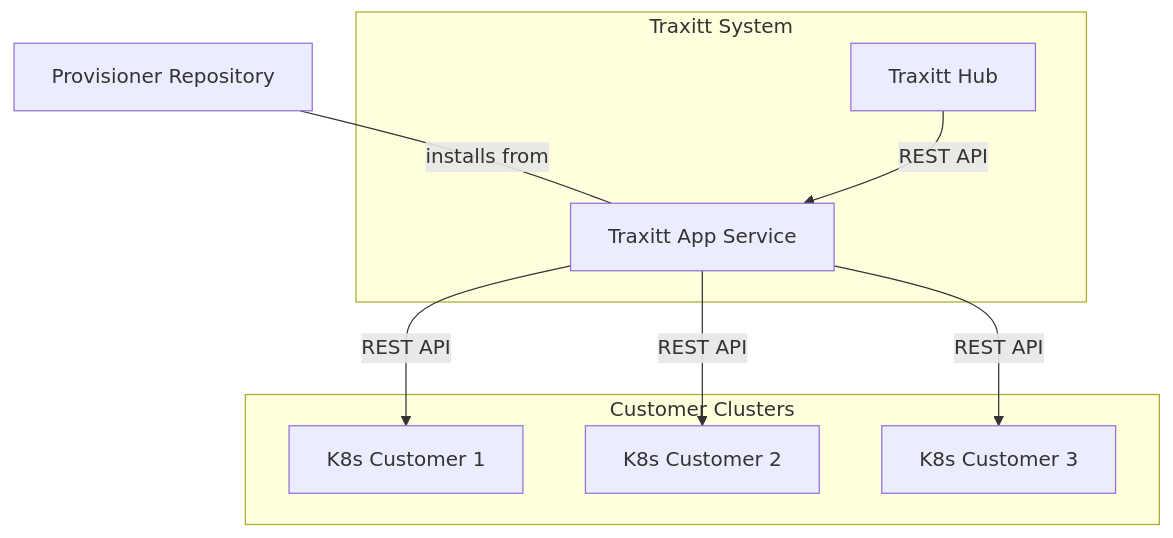
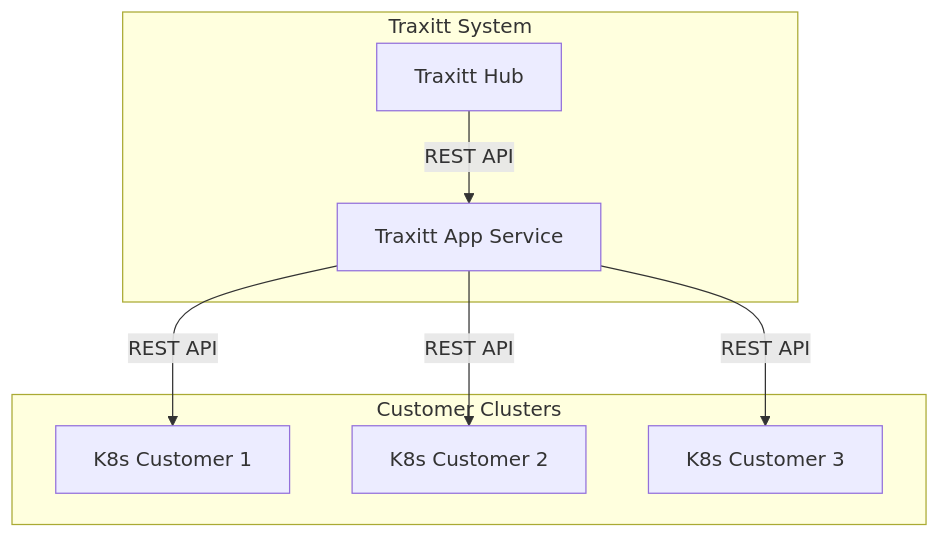
One commit to c6o/docs changed the diagram in content/app-service.md. Above: the diagram before and after it, drawn with Mermaid. The commit also changed other lines of this file, not shown here.

````diff
--- a/content/app-service.md
+++ b/content/app-service.md
@@ -95,17 +26,16 @@
 ```mermaid
 graph TB
     subgraph Traxitt System
        th[Traxitt Hub]
        tas[Traxitt App Service]
     end
-    pr[Provisioner Repository]---|installs from|tas
     th--REST API-->tas
     tas--REST API-->k8s1
     tas--REST API-->k8s2
     tas--REST API-->k8s3
     subgraph Customer Clusters
        k8s1[K8s Customer 1]
        k8s2[K8s Customer 2]
        k8s3[K8s Customer 3]
     end
 ```
````
